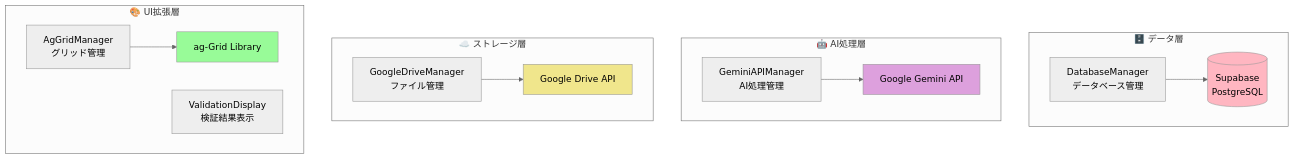
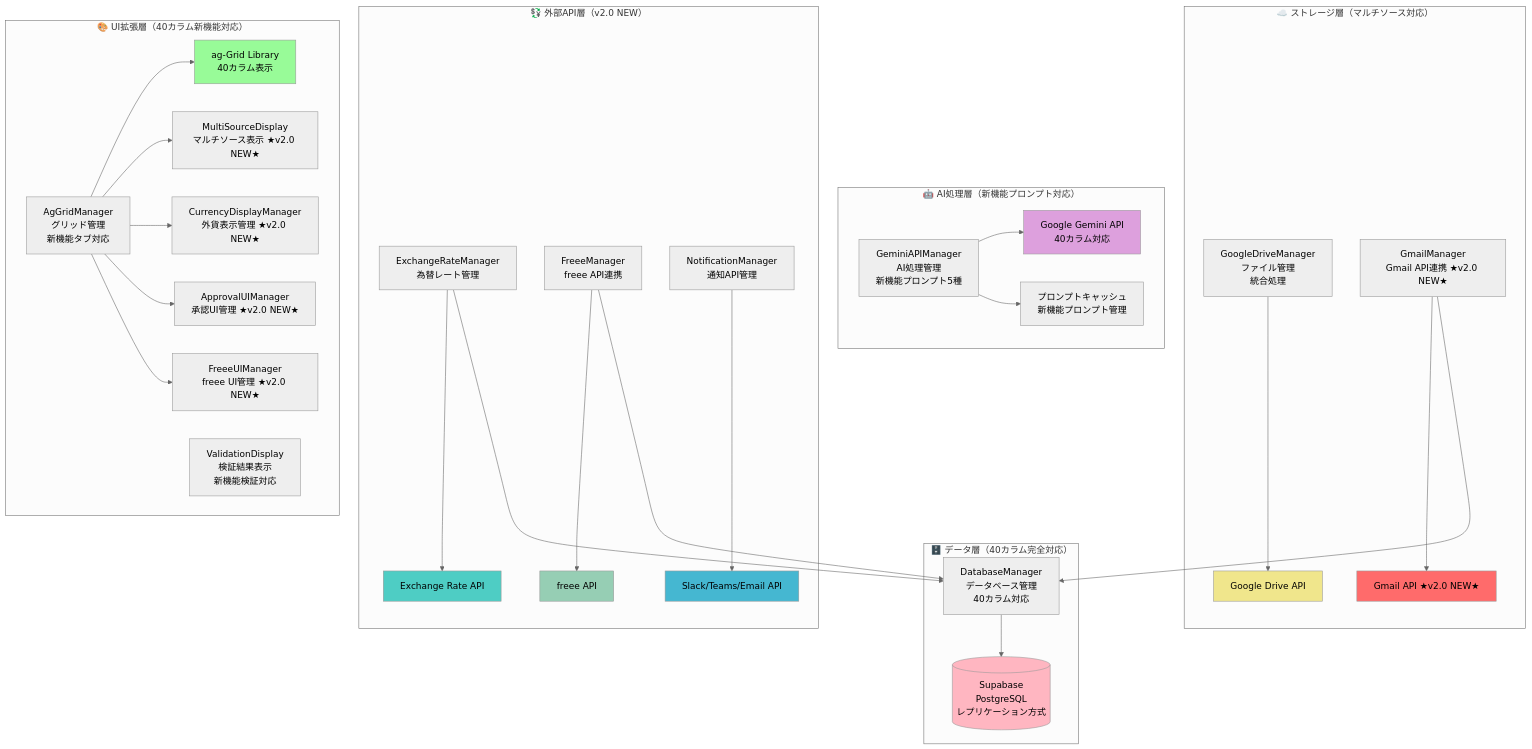
One commit to gucchon001/invoice-processing-system changed the fourth of 9 diagrams in docs/17_システムアーキテクチャUML図.md. Above: the diagram before and after it, drawn with Mermaid (neutral theme). The commit also changed other lines of this file and 46 other files, not shown here.

````diff
--- a/docs/17_システムアーキテクチャUML図.md
+++ b/docs/17_システムアーキテクチャUML図.md
@@ -157,33 +279,73 @@
 ```mermaid
 graph TD
-    subgraph "🗄️ データ層"
-        DB_MGR[DatabaseManager<br/>データベース管理]
-        SUPABASE[(Supabase<br/>PostgreSQL)]
+    subgraph "🗄️ データ層（40カラム完全対応）"
+        DB_MGR[DatabaseManager<br/>データベース管理<br/>40カラム対応]
+        SUPABASE[(Supabase<br/>PostgreSQL<br/>レプリケーション方式)]
     end
     
-    subgraph "🤖 AI処理層"
-        GEMINI_MGR[GeminiAPIManager<br/>AI処理管理]
-        GEMINI_API[Google Gemini API]
+    subgraph "🤖 AI処理層（新機能プロンプト対応）"
+        GEMINI_MGR[GeminiAPIManager<br/>AI処理管理<br/>新機能プロンプト5種]
+        GEMINI_API[Google Gemini API<br/>40カラム対応]
+        PROMPT_CACHE[プロンプトキャッシュ<br/>新機能プロンプト管理]
     end
     
-    subgraph "☁️ ストレージ層"
-        DRIVE_MGR[GoogleDriveManager<br/>ファイル管理]
+    subgraph "☁️ ストレージ層（マルチソース対応）"
+        DRIVE_MGR[GoogleDriveManager<br/>ファイル管理<br/>統合処理]
         GDRIVE_API[Google Drive API]
+        GMAIL_MGR[GmailManager<br/>Gmail API連携 ★v2.0 NEW★]
+        GMAIL_API[Gmail API ★v2.0 NEW★]
     end
     
-    subgraph "🎨 UI拡張層"
-        AGGRID_MGR[AgGridManager<br/>グリッド管理]
-        AGGRID_LIB[ag-Grid Library]
-        VALIDATION_UI[ValidationDisplay<br/>検証結果表示]
+    subgraph "💱 外部API層（v2.0 NEW）"
+        EXCHANGE_MGR[ExchangeRateManager<br/>為替レート管理]
+        EXCHANGE_API[Exchange Rate API]
+        FREEE_MGR[FreeeManager<br/>freee API連携]
+        FREEE_API[freee API]
+        NOTIFICATION_MGR[NotificationManager<br/>通知API管理]
+        NOTIFICATION_API[Slack/Teams/Email API]
     end
     
+    subgraph "🎨 UI拡張層（40カラム新機能対応）"
+        AGGRID_MGR[AgGridManager<br/>グリッド管理<br/>新機能タブ対応]
+        AGGRID_LIB[ag-Grid Library<br/>40カラム表示]
+        VALIDATION_UI[ValidationDisplay<br/>検証結果表示<br/>新機能検証対応]
+        MULTI_UI[MultiSourceDisplay<br/>マルチソース表示 ★v2.0 NEW★]
+        CURRENCY_UI_MGR[CurrencyDisplayManager<br/>外貨表示管理 ★v2.0 NEW★]
+        APPROVAL_UI_MGR[ApprovalUIManager<br/>承認UI管理 ★v2.0 NEW★]
+        FREEE_UI_MGR[FreeeUIManager<br/>freee UI管理 ★v2.0 NEW★]
+    end
+    
+    %% 基本接続
     DB_MGR --> SUPABASE
     GEMINI_MGR --> GEMINI_API
+    GEMINI_MGR --> PROMPT_CACHE
     DRIVE_MGR --> GDRIVE_API
     AGGRID_MGR --> AGGRID_LIB
     
+    %% v2.0新機能接続
+    GMAIL_MGR --> GMAIL_API
+    EXCHANGE_MGR --> EXCHANGE_API
+    FREEE_MGR --> FREEE_API
+    NOTIFICATION_MGR --> NOTIFICATION_API
+    
+    %% UI拡張接続
+    AGGRID_MGR --> MULTI_UI
+    AGGRID_MGR --> CURRENCY_UI_MGR
+    AGGRID_MGR --> APPROVAL_UI_MGR
+    AGGRID_MGR --> FREEE_UI_MGR
+    
+    %% データ連携
+    GMAIL_MGR --> DB_MGR
+    EXCHANGE_MGR --> DB_MGR
+    FREEE_MGR --> DB_MGR
+    
+    %% スタイリング
     style SUPABASE fill:#FFB6C1
     style GEMINI_API fill:#DDA0DD
     style GDRIVE_API fill:#F0E68C
     style AGGRID_LIB fill:#98FB98
+    style GMAIL_API fill:#FF6B6B
+    style EXCHANGE_API fill:#4ECDC4
+    style FREEE_API fill:#96CEB4
+    style NOTIFICATION_API fill:#45B7D1
 ```
````
